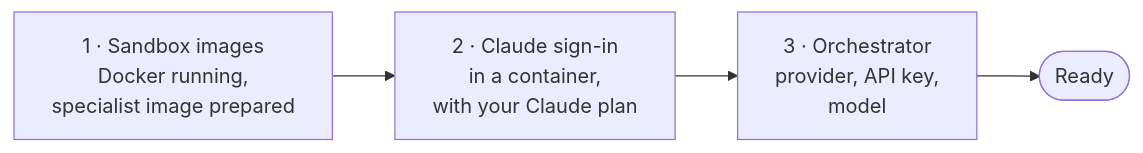
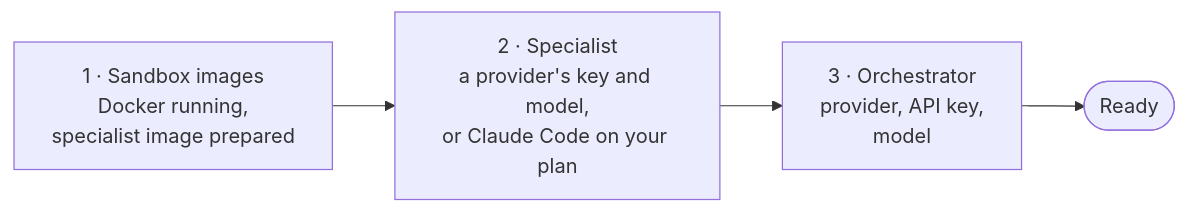
Before and after one commit to protonspy/harness-for-rea: the sixth of 8 diagrams in README.md, drawn with Mermaid. The commit also changed other lines of this file and 8 other files, not shown here.

````diff
--- a/README.md
+++ b/README.md
@@ -289,6 +289,6 @@
 ```mermaid
 flowchart LR
-    images["1 · Sandbox images<br/>Docker running,<br/>specialist image prepared"] --> login["2 · Claude sign-in<br/>in a container,<br/>with your Claude plan"]
+    images["1 · Sandbox images<br/>Docker running,<br/>specialist image prepared"] --> login["2 · Specialist<br/>a provider's key and model,<br/>or Claude Code on your plan"]
     login --> orch["3 · Orchestrator<br/>provider, API key,<br/>model"]
     orch --> ready(["Ready"])
 ```
````
